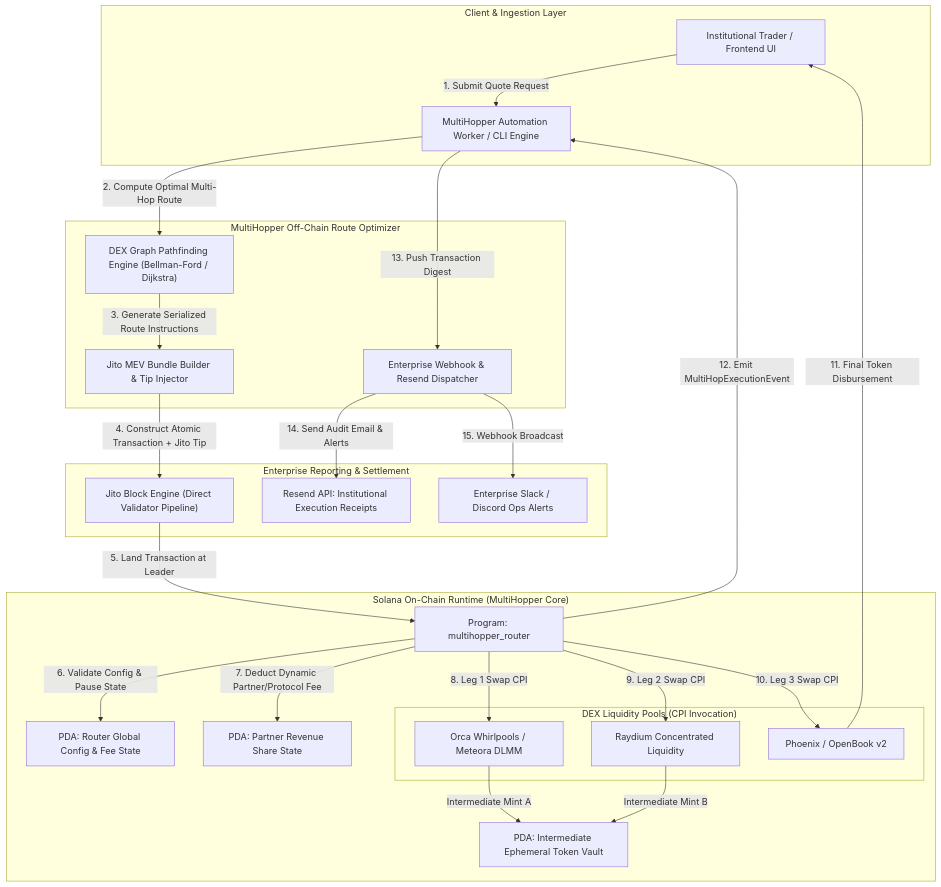
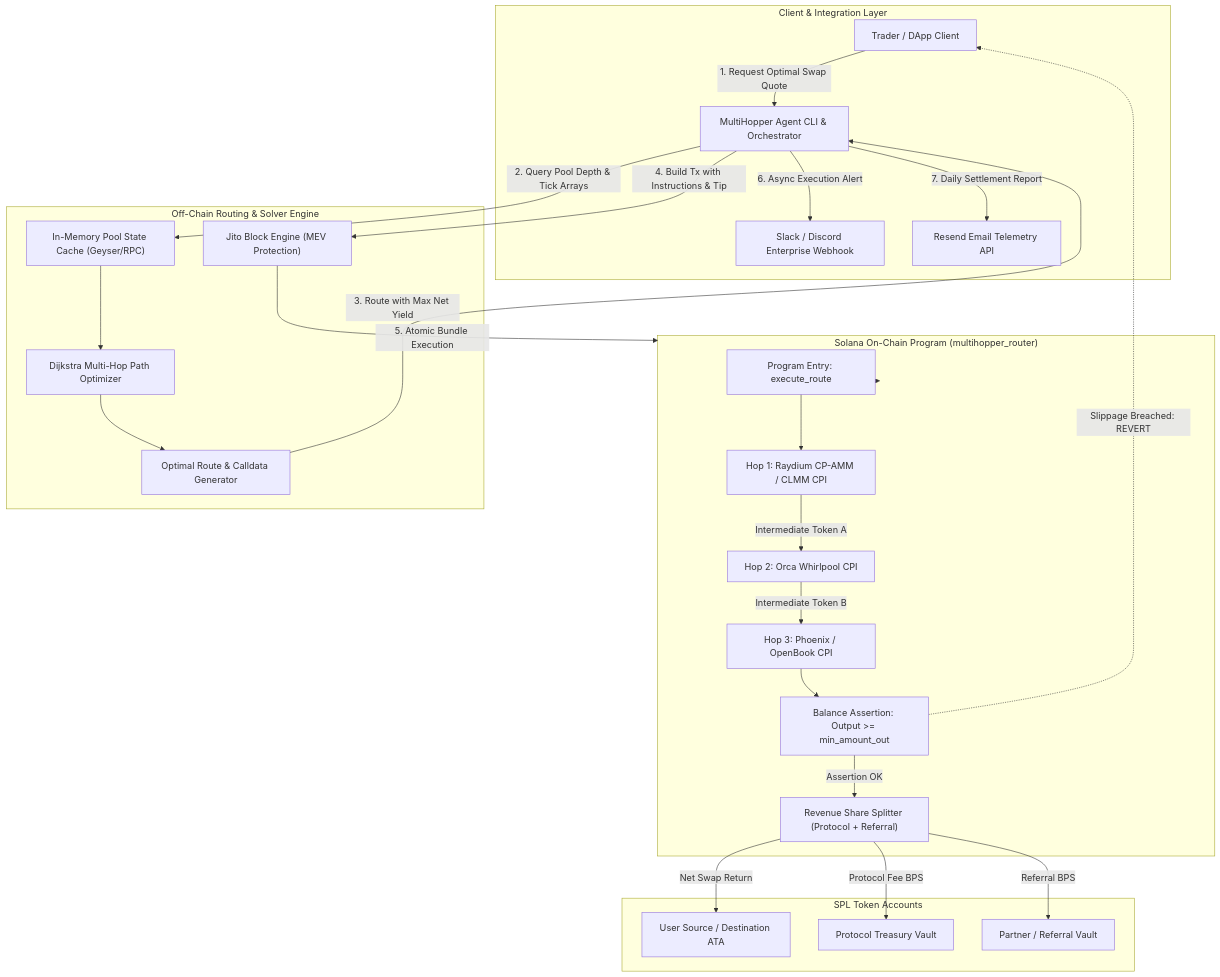
One commit to wiliancolomboo-tech/web3-multihopper-build---route-challenge-1d74d5 changed the diagram in README.md. Above: the diagram before and after it, drawn with Mermaid. The commit also changed other lines of this file and 197 other files, not shown here.

First line of the commit message:
feat(solana): consolidar engine multihopper build and route v1.0.0

````diff
--- a/README.md
+++ b/README.md
@@ -46,52 +44,54 @@
 ```mermaid
 flowchart TD
-    subgraph ClientLayer["Client & Ingestion Layer"]
-        User["Institutional Trader / Frontend UI"]
-        CLI["MultiHopper Automation Worker / CLI Engine"]
+    subgraph ClientLayer["Client & Integration Layer"]
+        User["Trader / DApp Client"]
+        CLI["MultiHopper Agent CLI & Orchestrator"]
+        SlackHook["Slack / Discord Enterprise Webhook"]
+        ResendAPI["Resend Email Telemetry API"]
     end
 
-    subgraph OffChainEngine["MultiHopper Off-Chain Route Optimizer"]
-        GraphEngine["DEX Graph Pathfinding Engine (Bellman-Ford / Dijkstra)"]
-        JitoBuilder["Jito MEV Bundle Builder & Tip Injector"]
-        AuditService["Enterprise Webhook & Resend Dispatcher"]
+    subgraph RoutingEngine["Off-Chain Routing & Solver Engine"]
+        PoolCache["In-Memory Pool State Cache (Geyser/RPC)"]
+        GraphSolver["Dijkstra Multi-Hop Path Optimizer"]
+        QuoteGen["Optimal Route & Calldata Generator"]
+        JitoRelay["Jito Block Engine (MEV Protection)"]
     end
 
-    subgraph SolanaRuntime["Solana On-Chain Runtime (MultiHopper Core)"]
-        RouterEntry["Program: multihopper_router"]
-        ConfigState["PDA: Router Global Config & Fee State"]
-        PartnerState["PDA: Partner Revenue Share State"]
-        EscrowVault["PDA: Intermediate Ephemeral Token Vault"]
-        
-        subgraph AMMs["DEX Liquidity Pools (CPI Invocation)"]
-            Orca["Orca Whirlpools / Meteora DLMM"]
-            Raydium["Raydium Concentrated Liquidity"]
-            OpenBook["Phoenix / OpenBook v2"]
-        end
+    subgraph SolanaRuntime["Solana On-Chain Program (multihopper_router)"]
+        ProgramEntry["Program Entry: execute_route"]
+        Hop1["Hop 1: Raydium CP-AMM / CLMM CPI"]
+        Hop2["Hop 2: Orca Whirlpool CPI"]
+        Hop3["Hop 3: Phoenix / OpenBook CPI"]
+        InvariantCheck["Balance Assertion: Output >= min_amount_out"]
+        RevShareSplit["Revenue Share Splitter (Protocol + Referral)"]
     end
 
-    subgraph ExternalTelemetry["Enterprise Reporting & Settlement"]
-        Resend["Resend API: Institutional Execution Receipts"]
-        Slack["Enterprise Slack / Discord Ops Alerts"]
-        JitoBlockEngine["Jito Block Engine (Direct Validator Pipeline)"]
+    subgraph TokenVaults["SPL Token Accounts"]
+        UserATA["User Source / Destination ATA"]
+        TreasuryATA["Protocol Treasury Vault"]
+        ReferralATA["Partner / Referral Vault"]
     end
 
-    User -->|1. Submit Quote Request| CLI
-    CLI -->|2. Compute Optimal Multi-Hop Route| GraphEngine
-    GraphEngine -->|3. Generate Serialized Route Instructions| JitoBuilder
-    JitoBuilder -->|4. Construct Atomic Transaction + Jito Tip| JitoBlockEngine
-    JitoBlockEngine -->|5. Land Transaction at Leader| RouterEntry
+    User -->|1. Request Optimal Swap Quote| CLI
+    CLI -->|2. Query Pool Depth & Tick Arrays| PoolCache
+    PoolCache --> GraphSolver
+    GraphSolver --> QuoteGen
+    QuoteGen -->|3. Route with Max Net Yield| CLI
+    CLI -->|4. Build Tx with Instructions & Tip| JitoRelay
+    JitoRelay -->|5. Atomic Bundle Execution| SolanaRuntime
 
-    RouterEntry -->|6. Validate Config & Pause State| ConfigState
-    RouterEntry -->|7. Deduct Dynamic Partner/Protocol Fee| PartnerState
-    RouterEntry -->|8. Leg 1 Swap CPI| Orca
-    Orca -->|Intermediate Mint A| EscrowVault
-    RouterEntry -->|9. Leg 2 Swap CPI| Raydium
-    Raydium -->|Intermediate Mint B| EscrowVault
-    RouterEntry -->|10. Leg 3 Swap CPI| OpenBook
-    OpenBook -->|11. Final Token Disbursement| User
+    SolanaRuntime --> ProgramEntry
+    ProgramEntry --> Hop1
+    Hop1 -->|Intermediate Token A| Hop2
+    Hop2 -->|Intermediate Token B| Hop3
+    Hop3 --> InvariantCheck
+    InvariantCheck -->|Assertion OK| RevShareSplit
+    RevShareSplit -->|Net Swap Return| UserATA
+    RevShareSplit -->|Protocol Fee BPS| TreasuryATA
+    RevShareSplit -->|Referral BPS| ReferralATA
 
-    RouterEntry -->|12. Emit MultiHopExecutionEvent| CLI
-    CLI -->|13. Push Transaction Digest| AuditService
-    AuditService -->|14. Send Audit Email & Alerts| Resend
-    AuditService -->|15. Webhook Broadcast| Slack
+    InvariantCheck -.->|Slippage Breached: REVERT| User
+
+    CLI -->|6. Async Execution Alert| SlackHook
+    CLI -->|7. Daily Settlement Report| ResendAPI
 ```
````
